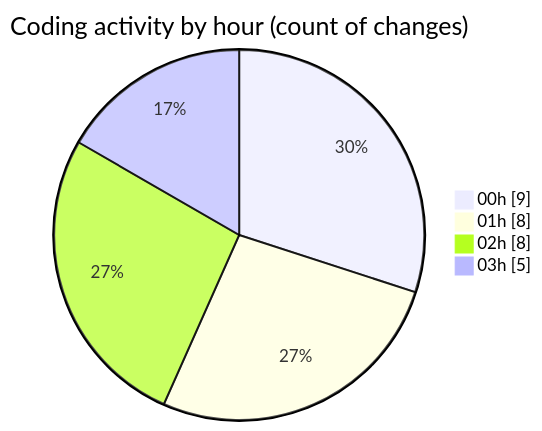
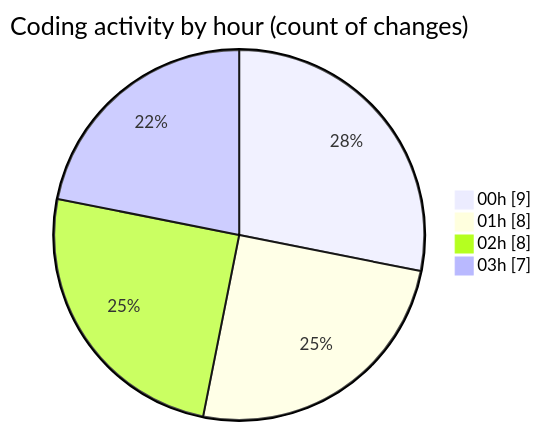
One commit to jrari/code-tracking changed the second of 2 diagrams in 2025-07-14/telebot/README.md. Above: the diagram before and after it, drawn with Mermaid. The commit also changed other lines of this file and 1 other file, not shown here.

````diff
--- a/2025-07-14/telebot/README.md
+++ b/2025-07-14/telebot/README.md
@@ -42,8 +43,8 @@
 ```mermaid
 pie showData
 title Coding activity by hour (count of changes)
 "00h" : 9
 "01h" : 8
 "02h" : 8
-"03h" : 5
+"03h" : 7
 ```
````
